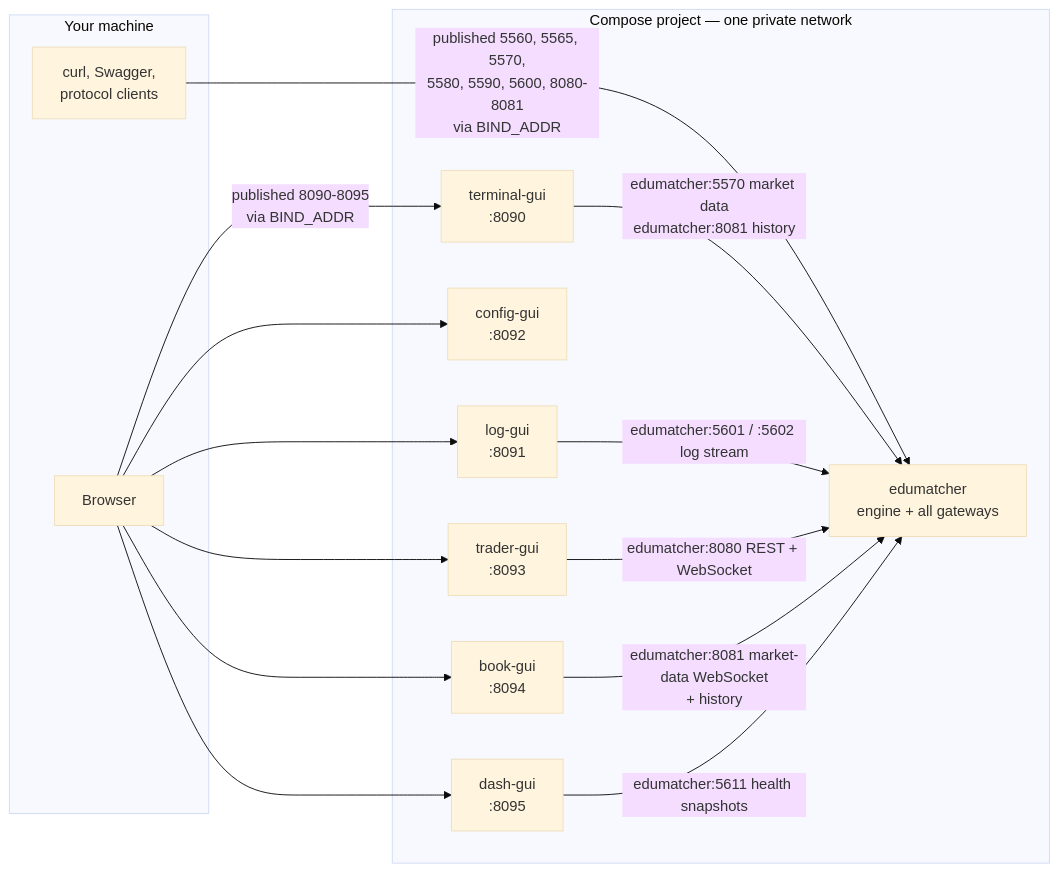
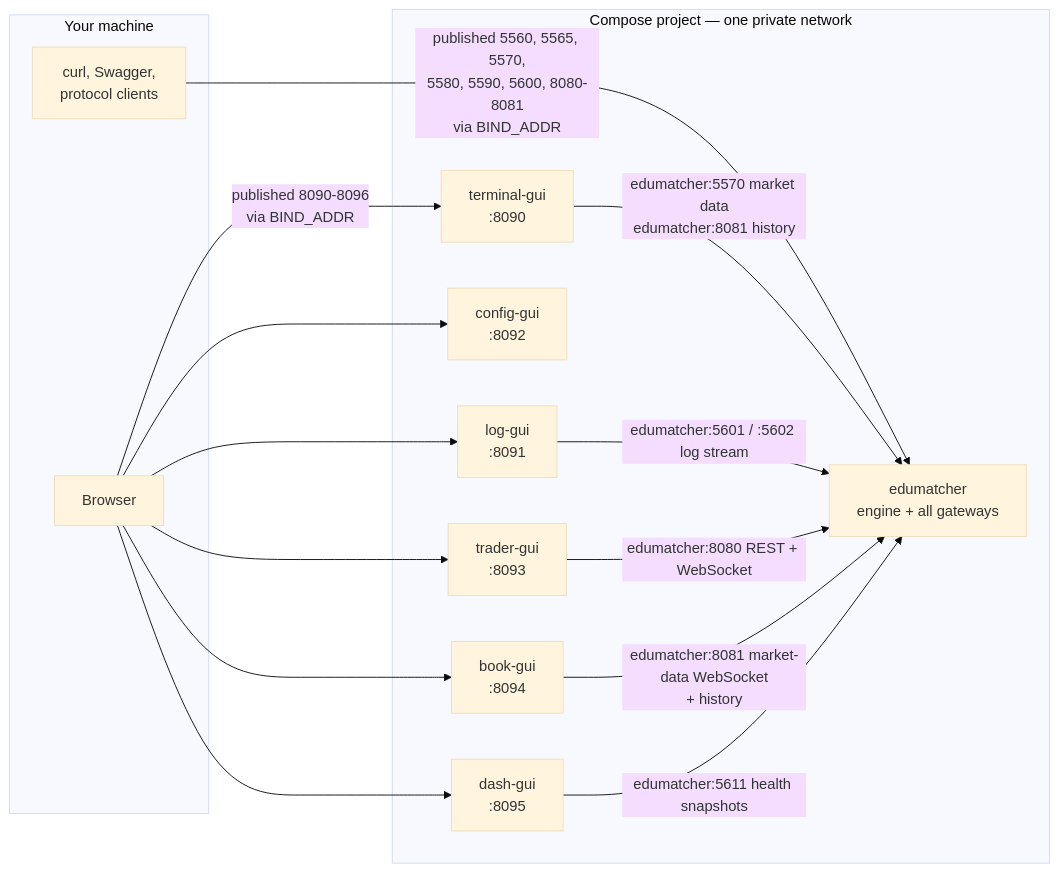
One commit to johan162/EduMatcher changed the first of 3 diagrams in docs/books/operator-guide/part-1-install-and-deploy/010-installation.md. Above: the diagram before and after it, drawn with Mermaid (base theme). The commit also changed other lines of this file and 114 other files, not shown here.

````diff
--- a/docs/books/operator-guide/part-1-install-and-deploy/010-installation.md
+++ b/docs/books/operator-guide/part-1-install-and-deploy/010-installation.md
@@ -399,31 +402,31 @@
 ```mermaid
 flowchart LR
     subgraph host["Your machine"]
         BROWSER["Browser"]
         CLIENT["curl, Swagger,\nprotocol clients"]
     end
 
     subgraph project["Compose project — one private network"]
         TERM["terminal-gui\n:8090"]
         LOG["log-gui\n:8091"]
         CFG["config-gui\n:8092"]
         TRD["trader-gui\n:8093"]
         BOOK["book-gui\n:8094"]
         DASH["dash-gui\n:8095"]
         BE["edumatcher\nengine + all gateways"]
     end
 
-    BROWSER -->|"published 8090-8095\nvia BIND_ADDR"| TERM
+    BROWSER -->|"published 8090-8096\nvia BIND_ADDR"| TERM
     BROWSER --> LOG
     BROWSER --> CFG
     BROWSER --> TRD
     BROWSER --> BOOK
     BROWSER --> DASH
     CLIENT -->|"published 5560, 5565, 5570,\n5580, 5590, 5600, 8080-8081\nvia BIND_ADDR"| BE
 
     TERM -->|"edumatcher:5570 market data\nedumatcher:8081 history"| BE
     LOG -->|"edumatcher:5601 / :5602 log stream"| BE
     TRD -->|"edumatcher:8080 REST + WebSocket"| BE
     BOOK -->|"edumatcher:8081 market-data WebSocket\n+ history"| BE
     DASH -->|"edumatcher:5611 health snapshots"| BE
 ```
````
